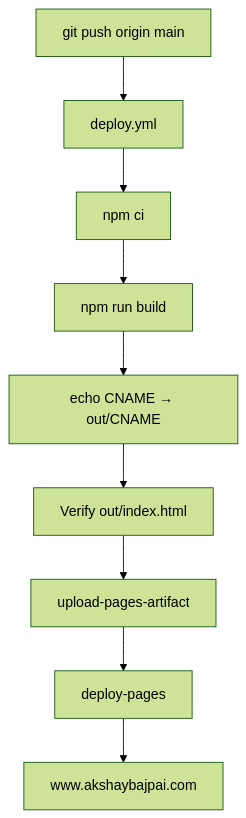
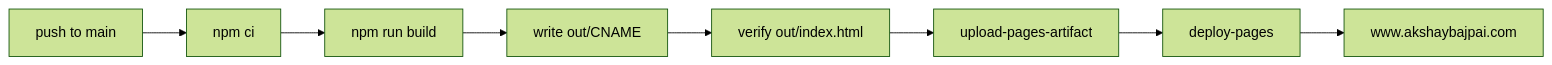
Before and after one commit to ax5hay/akshaybajpai.com: the fifth of 5 diagrams in README.md, drawn with Mermaid (forest theme). The commit also changed other lines of this file and 3 other files, not shown here.

````diff
--- a/README.md
+++ b/README.md
@@ -371,11 +425,7 @@
 ```mermaid
-flowchart TD
-  PUSH["git push origin main"] --> WF["deploy.yml"]
-  WF --> CI["npm ci"]
-  CI --> BUILD["npm run build"]
-  BUILD --> CNAME["echo CNAME → out/CNAME"]
-  CNAME --> VERIFY["Verify out/index.html"]
-  VERIFY --> UPLOAD["upload-pages-artifact"]
-  UPLOAD --> DEPLOY["deploy-pages"]
+flowchart LR
+  PUSH["push to main"] --> CI["npm ci"] --> BUILD["npm run build"]
+  BUILD --> CNAME["write out/CNAME"] --> VERIFY["verify out/index.html"]
+  VERIFY --> UPLOAD["upload-pages-artifact"] --> DEPLOY["deploy-pages"]
   DEPLOY --> LIVE["www.akshaybajpai.com"]
 ```
````
